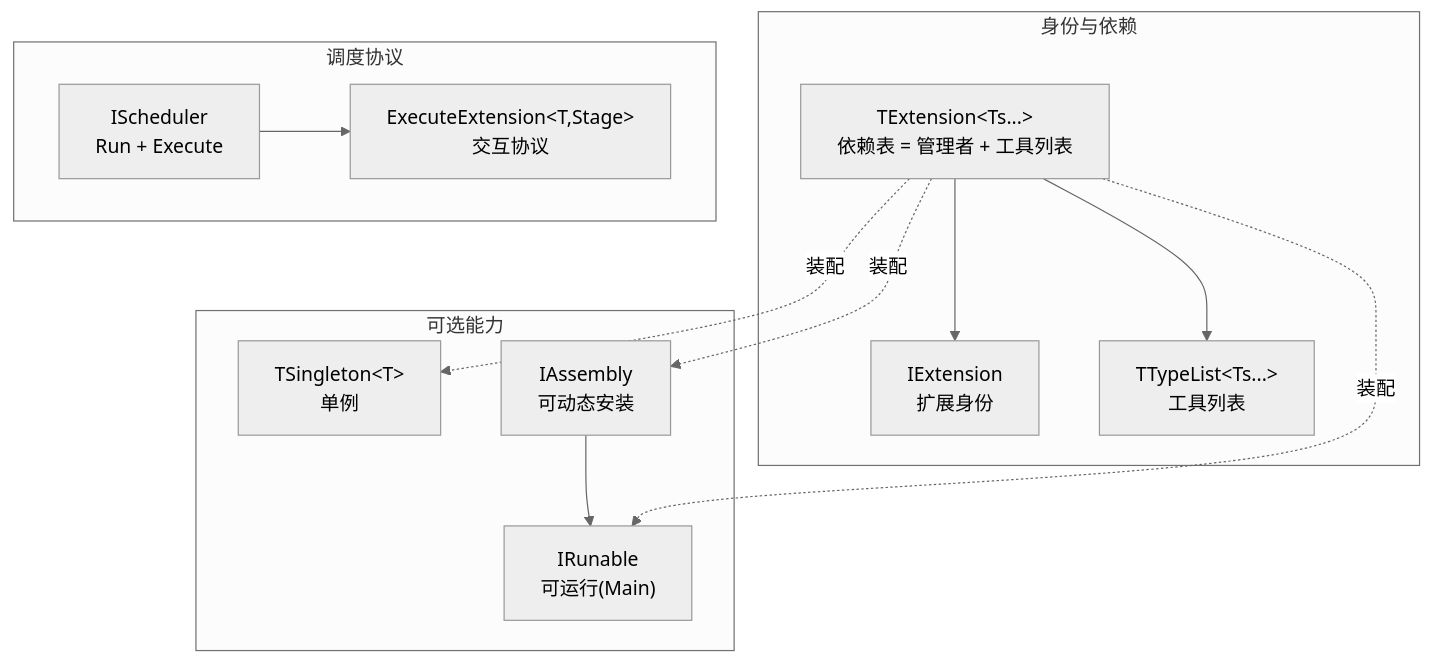
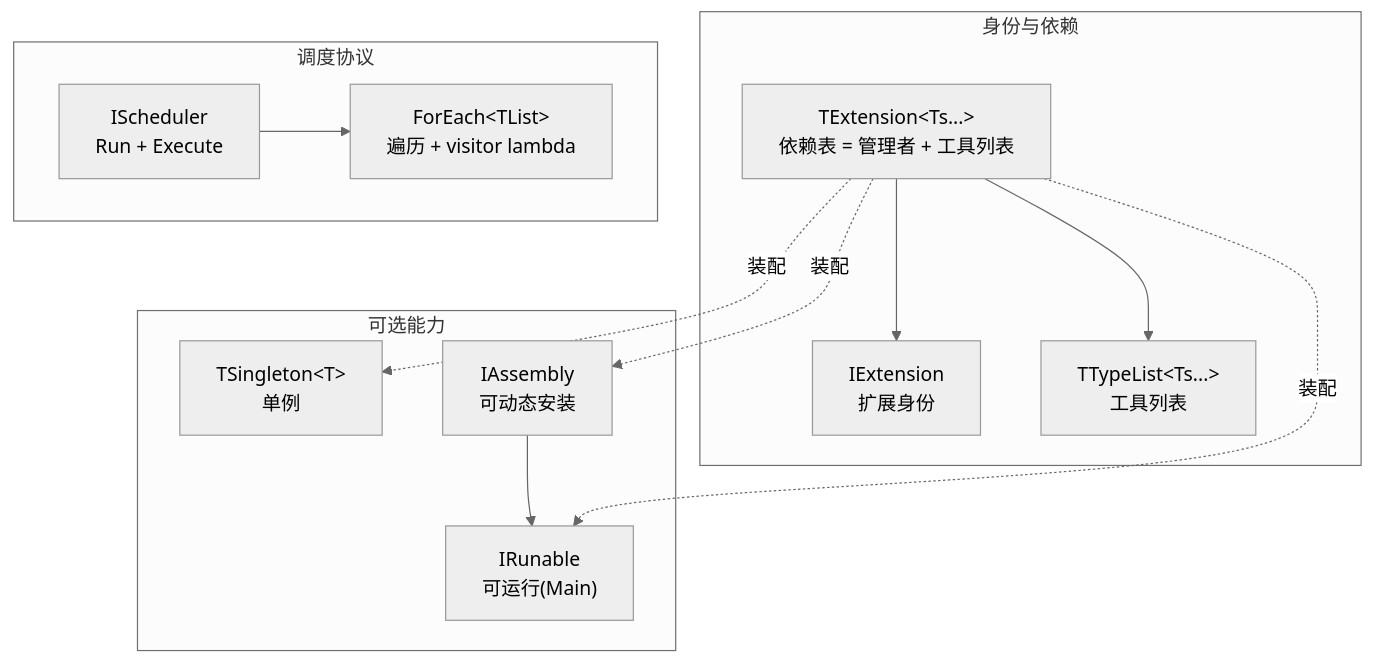
One commit to InputWindy/Hiyajo changed the diagram in Source/Public/Core/CoreDoc.md. Above: the diagram before and after it, drawn with Mermaid (neutral theme). The commit also changed other lines of this file and 13 other files, not shown here.

Commit message:
Replace ExecuteExtension friend protocol with visitor-lambda Execute(); add runtime Layer instance drive

````diff
--- a/Source/Public/Core/CoreDoc.md
+++ b/Source/Public/Core/CoreDoc.md
@@ -72,27 +75,27 @@
 ```mermaid
 graph TD
     subgraph 身份与依赖
         IExtension["IExtension<br/>扩展身份"]
         TExtension["TExtension&lt;Ts...&gt;<br/>依赖表 = 管理者 + 工具列表"]
         TTypeList["TTypeList&lt;Ts...&gt;<br/>工具列表"]
         TExtension --> IExtension
         TExtension --> TTypeList
     end
 
     subgraph 可选能力
         TSingleton["TSingleton&lt;T&gt;<br/>单例"]
         IRunable["IRunable<br/>可运行(Main)"]
         IAssembly["IAssembly<br/>可动态安装"]
         IAssembly --> IRunable
     end
 
     subgraph 调度协议
         IScheduler["IScheduler<br/>Run + Execute"]
-        ExecuteExt["ExecuteExtension&lt;T,Stage&gt;<br/>交互协议"]
-        IScheduler --> ExecuteExt
+        ForEach["ForEach&lt;TList&gt;<br/>遍历 + visitor lambda"]
+        IScheduler --> ForEach
     end
 
     TExtension -.装配.-> TSingleton
     TExtension -.装配.-> IRunable
     TExtension -.装配.-> IAssembly
 ```
````
